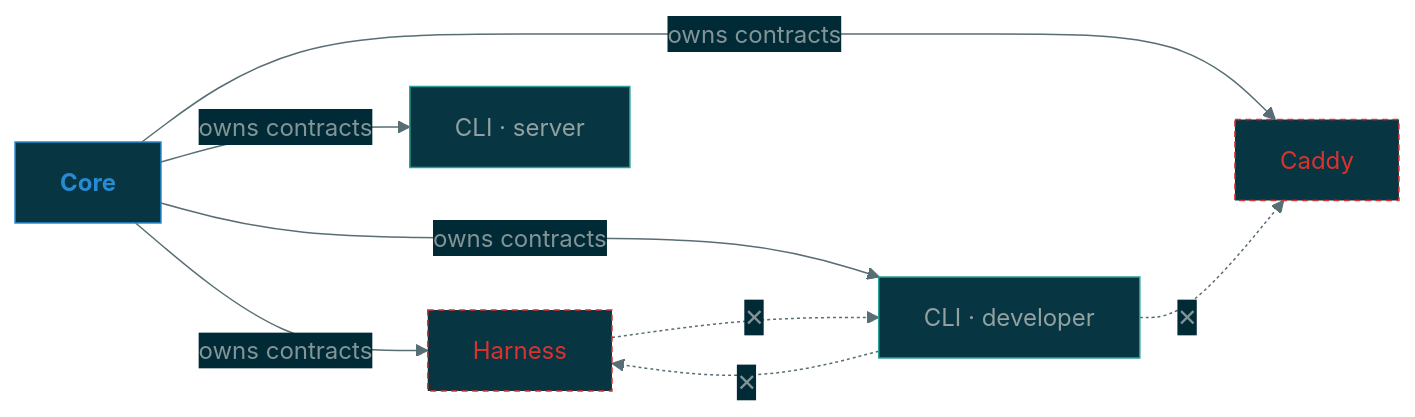
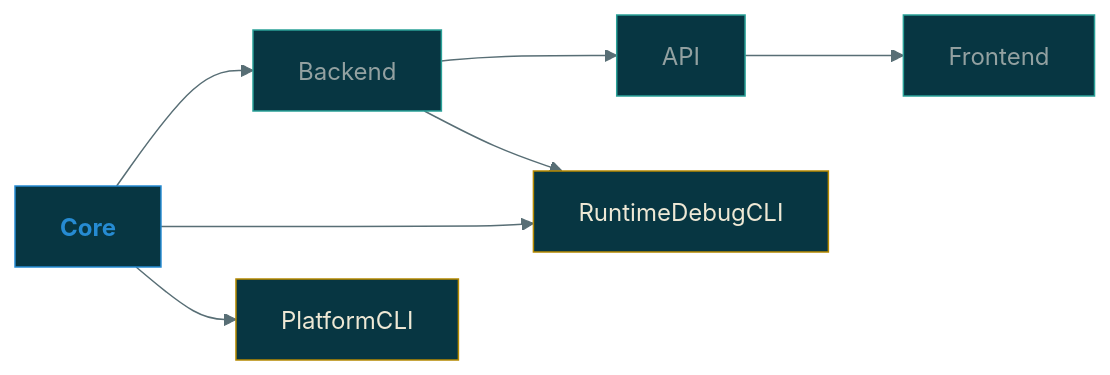
The fifth of 5 diagrams in docs/architecture.md (uips-browser-kit/testharness-webapps), drawn with Mermaid before and after one commit. The commit also changed other lines of this file and 82 other files, not shown here.

````diff
--- a/docs/architecture.md
+++ b/docs/architecture.md
@@ -165,28 +212,25 @@
 ```mermaid
 %%{init: {
   "theme": "base",
   "themeVariables": {
     "background":          "#002b36",
     "mainBkg":             "#073642",
     "primaryColor":        "#073642",
     "primaryBorderColor":  "#586e75",
     "primaryTextColor":    "#839496",
     "lineColor":           "#586e75",
     "edgeLabelBackground": "#002b36",
     "titleColor":          "#93a1a1"
   }
 }}%%
 graph LR
     classDef core    fill:#073642,stroke:#268bd2,color:#268bd2,font-weight:bold
-    classDef service fill:#073642,stroke:#2aa198,color:#93a1a1
-    classDef error   fill:#073642,stroke:#dc322f,color:#dc322f,stroke-dasharray:4 3
+    classDef layer   fill:#073642,stroke:#2aa198,color:#93a1a1
+    classDef cli     fill:#073642,stroke:#b58900,color:#eee8d5
 
-    Core:::core -->|"owns contracts"| Harness:::service
-    Core:::core -->|"owns contracts"| CLIdev["CLI · developer"]:::service
-    Core:::core -->|"owns contracts"| CLIsrv["CLI · server"]:::service
-    Core:::core -->|"owns contracts"| Caddy:::service
-
-    Harness:::error  -.->|"✕"| CLIdev
-    CLIdev           -.->|"✕"| Harness:::error
-    CLIdev           -.->|"✕"| Caddy:::error
+    Core:::core --> Backend:::layer --> API:::layer
+    API:::layer --> Frontend:::layer
+    Core:::core --> RuntimeDebugCLI:::cli
+    Backend:::layer --> RuntimeDebugCLI:::cli
+    Core:::core --> PlatformCLI:::cli
 ```
````
